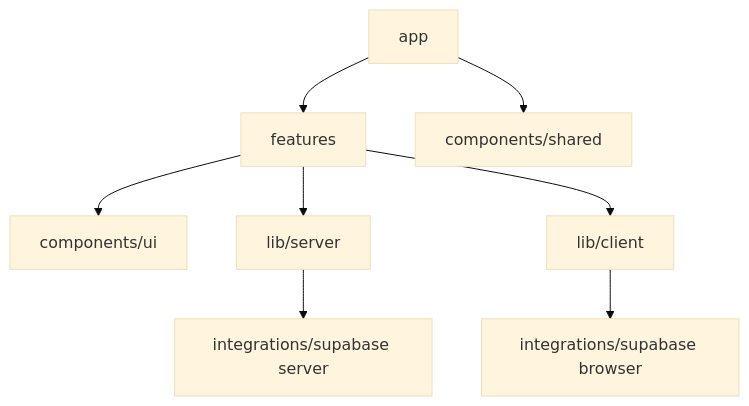
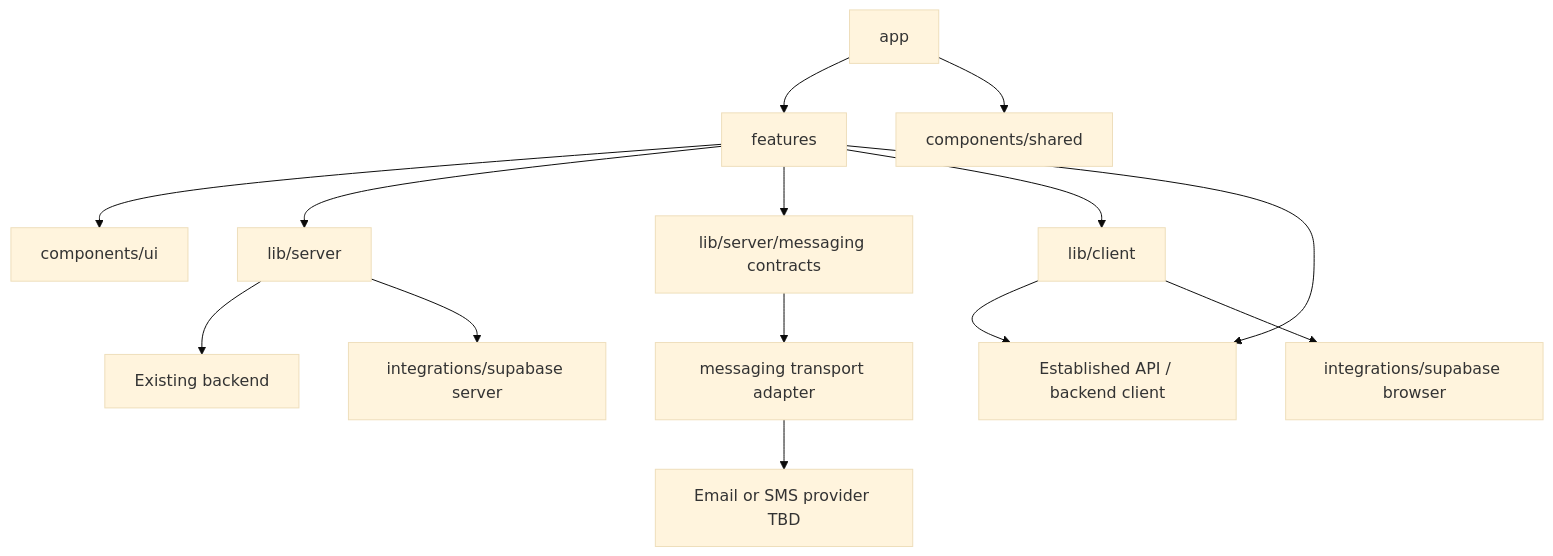
Before and after one commit to Ali-sherif/loyollo-web: the diagram in docs/frontend/09-dependency-rules.md, drawn with Mermaid (base theme). The commit also changed other lines of this file and 15 other files, not shown here.

````diff
--- a/docs/frontend/09-dependency-rules.md
+++ b/docs/frontend/09-dependency-rules.md
@@ -3,10 +3,16 @@
 ```mermaid
 flowchart TD
   App[app] --> Features[features]
   App --> Shared[components/shared]
   Features --> UI[components/ui]
   Features --> Server[lib/server]
+  Features --> MessagingContracts[lib/server/messaging contracts]
   Features --> Client[lib/client]
+  Features --> ApiLayer[Established API / backend client]
+  Server --> Backend[Existing backend]
   Server --> Supabase[integrations/supabase server]
+  MessagingContracts --> Transport[messaging transport adapter]
+  Transport --> Provider[Email or SMS provider TBD]
+  Client --> ApiLayer
   Client --> SupabaseBrowser[integrations/supabase browser]
 ```
````
